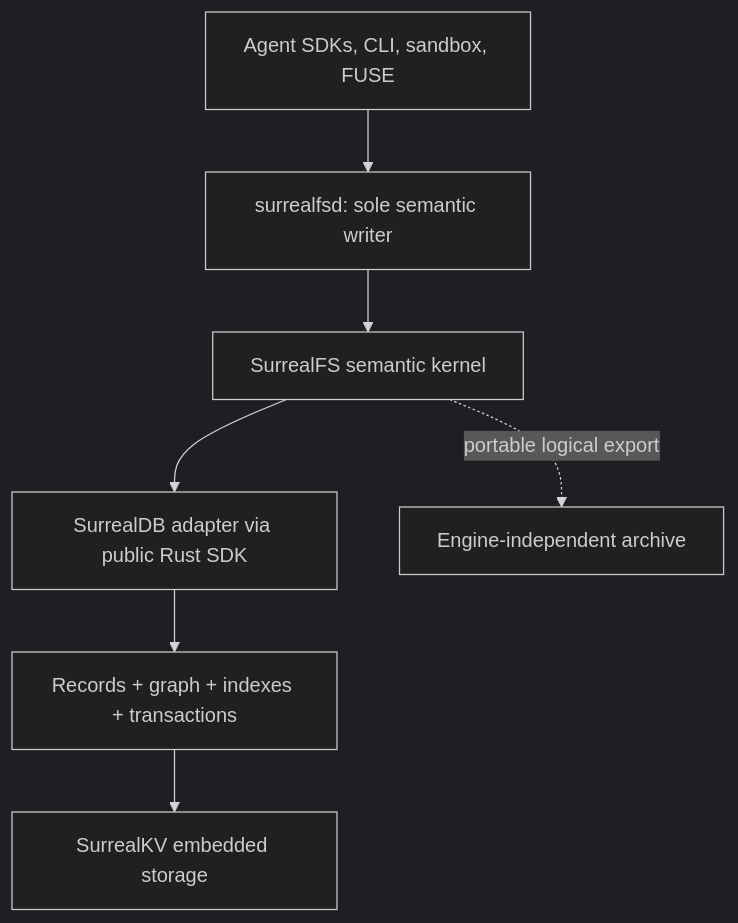
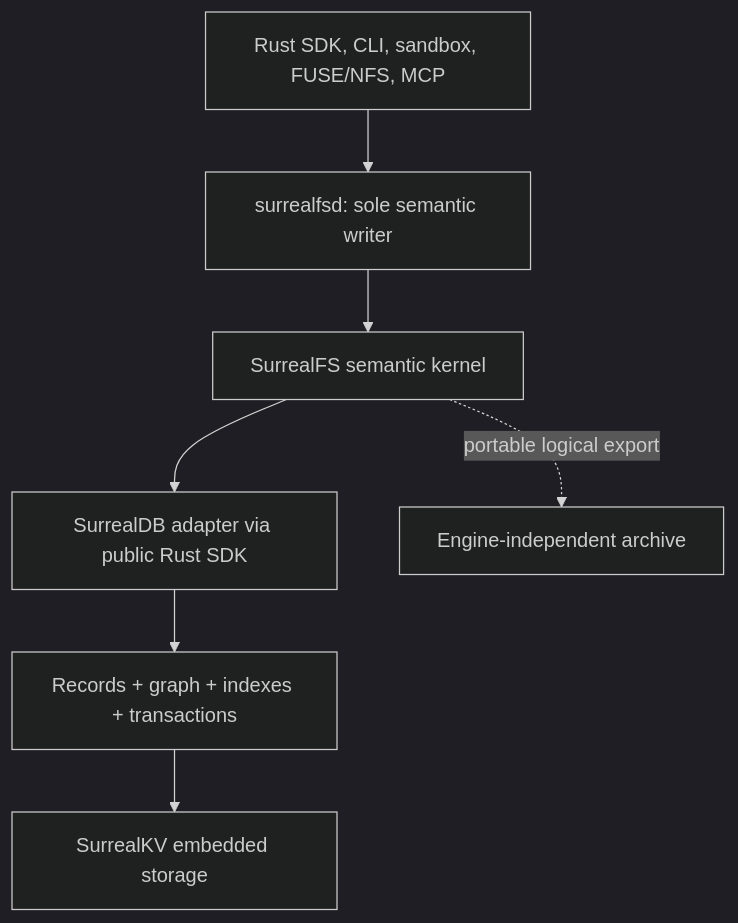
Before and after one commit to surrealdb-dev/surrealfs: the first of 3 diagrams in README.md, drawn with Mermaid (dark theme). The commit also changed other lines of this file and 8 other files, not shown here.

````diff
--- a/README.md
+++ b/README.md
@@ -31,9 +31,9 @@
 ```mermaid
 flowchart TB
-    C["Agent SDKs, CLI, sandbox, FUSE"] --> D["surrealfsd: sole semantic writer"]
+    C["Rust SDK, CLI, sandbox, FUSE/NFS, MCP"] --> D["surrealfsd: sole semantic writer"]
     D --> K["SurrealFS semantic kernel"]
     K --> A["SurrealDB adapter via public Rust SDK"]
     A --> S["Records + graph + indexes + transactions"]
     S --> V["SurrealKV embedded storage"]
     K -. "portable logical export" .-> X["Engine-independent archive"]
 ```
````
